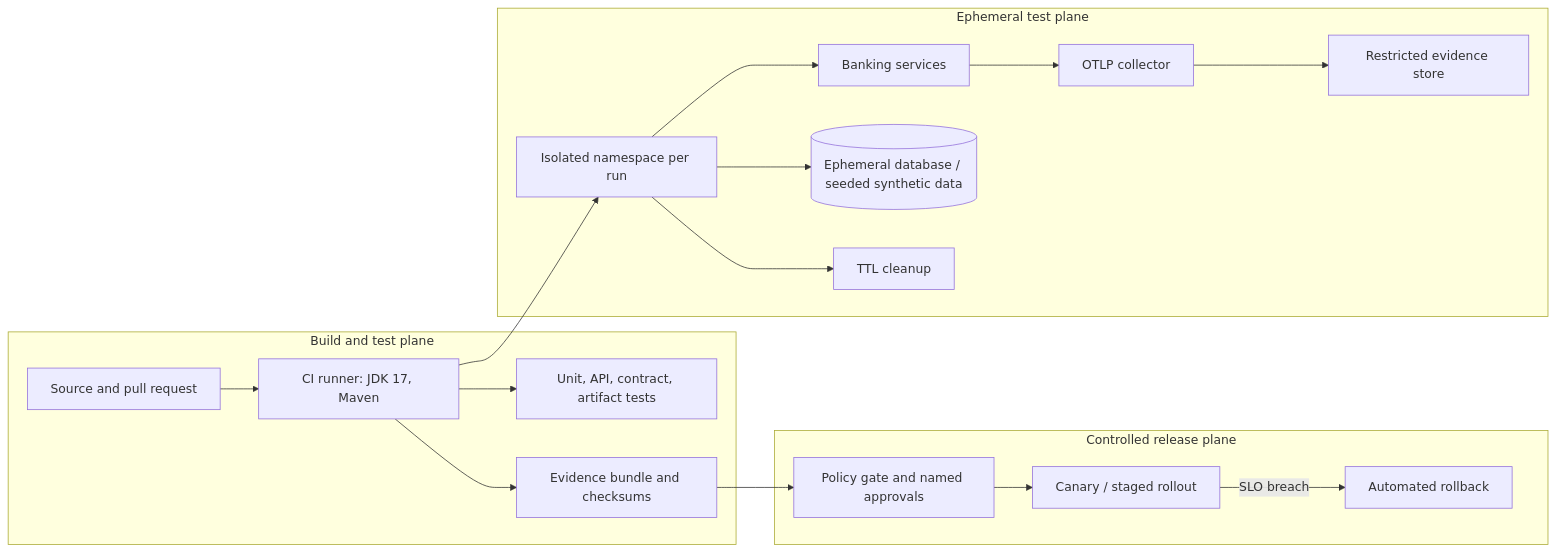
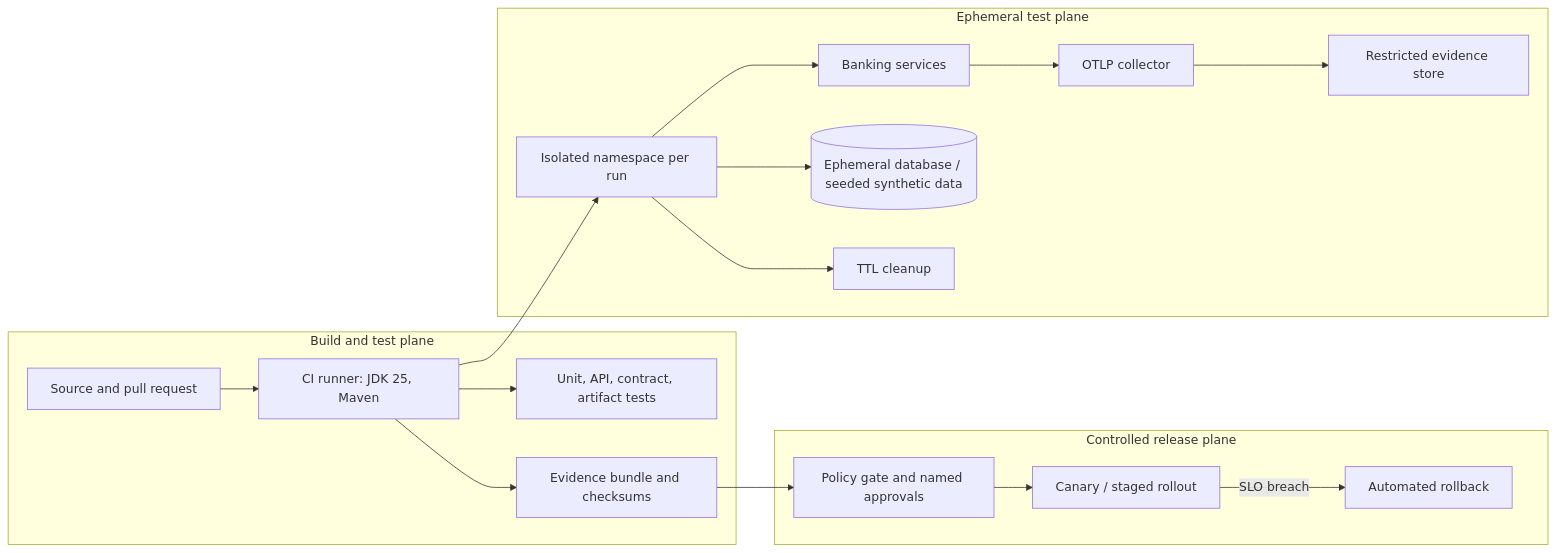
One commit to csrameshbabu/ACE_Repo changed the fourth of 4 diagrams in docs/architecture-views.md. Above: the diagram before and after it, drawn with Mermaid. The commit also changed 5 other files, not shown here.

````diff
--- a/docs/architecture-views.md
+++ b/docs/architecture-views.md
@@ -96,21 +96,21 @@
 ```mermaid
 flowchart LR
   subgraph Build[Build and test plane]
-    SRC[Source and pull request] --> CI[CI runner: JDK 17, Maven]
+    SRC[Source and pull request] --> CI[CI runner: JDK 25, Maven]
     CI --> TEST[Unit, API, contract, artifact tests]
     CI --> PKG[Evidence bundle and checksums]
   end
   subgraph Ephemeral[Ephemeral test plane]
     CI --> NS[Isolated namespace per run]
     NS --> APP[Banking services]
     NS --> DB[(Ephemeral database / seeded synthetic data)]
     APP --> COL[OTLP collector]
     COL --> EV[Restricted evidence store]
     NS --> CLEAN[TTL cleanup]
   end
   subgraph Release[Controlled release plane]
     PKG --> GATE[Policy gate and named approvals]
     GATE --> STAGE[Canary / staged rollout]
     STAGE -->|SLO breach| ROLLBACK[Automated rollback]
   end
 ```
````
